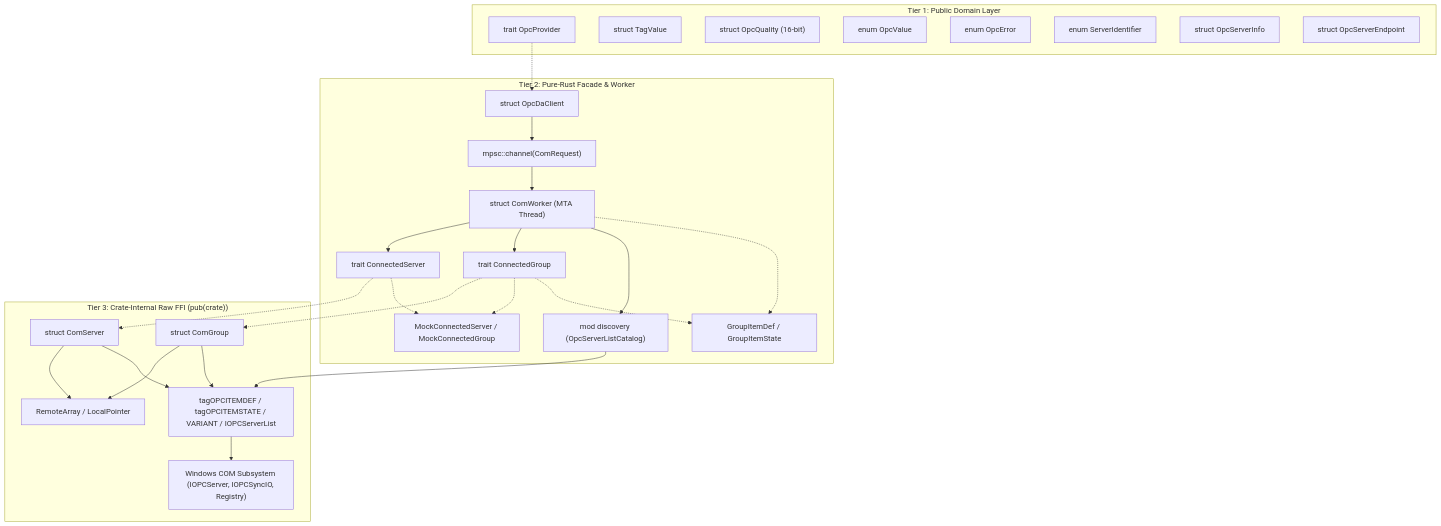
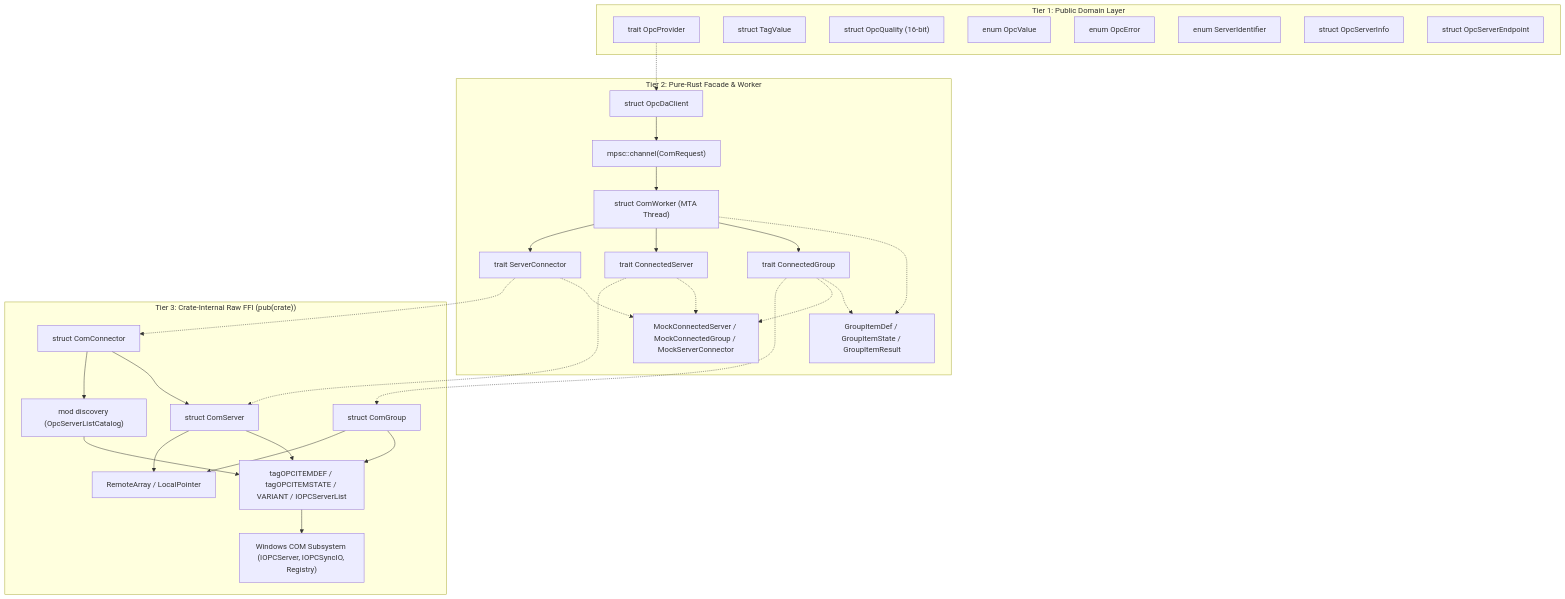
One commit to wends155/opc-cli changed the first of 3 diagrams in opc-da-client/architecture.md. Above: the diagram before and after it, drawn with Mermaid. The commit also changed other lines of this file and 26 other files, not shown here.

````diff
--- a/opc-da-client/architecture.md
+++ b/opc-da-client/architecture.md
@@ -354,52 +380,58 @@
 ```mermaid
 graph TD
     subgraph PublicDomain ["Tier 1: Public Domain Layer"]
         ProviderTrait["trait OpcProvider"]
         TagValue["struct TagValue"]
         OpcQuality["struct OpcQuality (16-bit)"]
         OpcValue["enum OpcValue"]
         OpcError["enum OpcError"]
         ServerIdentifier["enum ServerIdentifier"]
         OpcServerInfo["struct OpcServerInfo"]
         OpcServerEndpoint["struct OpcServerEndpoint"]
     end
 
     subgraph FacadeWorker ["Tier 2: Pure-Rust Facade & Worker"]
         Client["struct OpcDaClient"]
         Worker["struct ComWorker (MTA Thread)"]
         ReqChan["mpsc::channel(ComRequest)"]
-        Discovery["mod discovery (OpcServerListCatalog)"]
+        ServerConnectorTrait["trait ServerConnector"]
         ConnServerTrait["trait ConnectedServer"]
         ConnGroupTrait["trait ConnectedGroup"]
-        PureDTOs["GroupItemDef / GroupItemState"]
-        Mocks["MockConnectedServer / MockConnectedGroup"]
+        PureDTOs["GroupItemDef / GroupItemState / GroupItemResult"]
+        Mocks["MockConnectedServer / MockConnectedGroup / MockServerConnector"]
     end
 
     subgraph RawFFI ["Tier 3: Crate-Internal Raw FFI (pub(crate))"]
+        ComConnector["struct ComConnector"]
         ComServer["struct ComServer"]
         ComGroup["struct ComGroup"]
+        Discovery["mod discovery (OpcServerListCatalog)"]
         RawMemory["RemoteArray / LocalPointer"]
         RawBindings["tagOPCITEMDEF / tagOPCITEMSTATE / VARIANT / IOPCServerList"]
         WinCOM["Windows COM Subsystem (IOPCServer, IOPCSyncIO, Registry)"]
     end
 
     ProviderTrait -.-> Client
     Client --> ReqChan
     ReqChan --> Worker
+    Worker --> ServerConnectorTrait
+    ServerConnectorTrait -.-> ComConnector
+    ServerConnectorTrait -.-> Mocks
+    ComConnector --> Discovery
+    ComConnector --> ComServer
     Worker --> ConnServerTrait
     Worker --> ConnGroupTrait
-    Worker --> Discovery
-    Discovery --> RawBindings
     ConnServerTrait -.-> ComServer
     ConnGroupTrait -.-> ComGroup
     ConnServerTrait -.-> Mocks
     ConnGroupTrait -.-> Mocks
     ComServer --> RawMemory
     ComGroup --> RawMemory
     ComServer --> RawBindings
     ComGroup --> RawBindings
+    Discovery --> RawBindings
     RawBindings --> WinCOM
 
     Worker -.-> PureDTOs
     ConnGroupTrait -.-> PureDTOs
 ```
````
